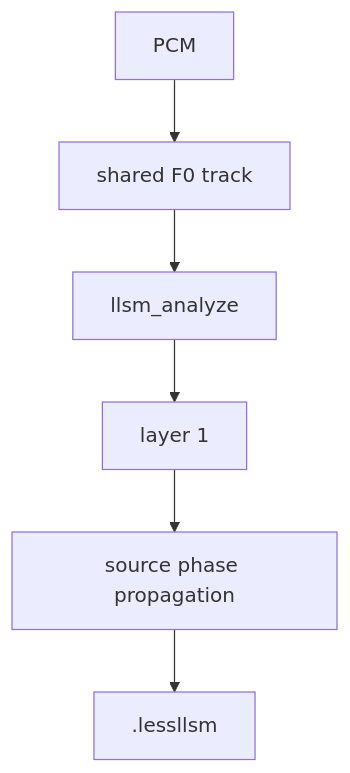
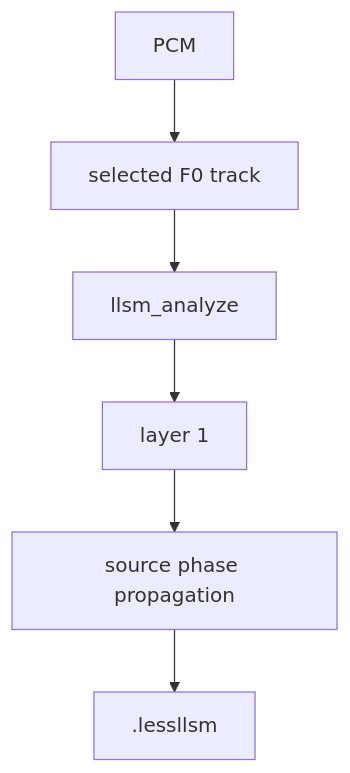
The third of 3 diagrams in docs/src/content/docs/processing/modeling.md (YuzukiTsuru/lessampler), drawn with Mermaid before and after one commit. The commit also changed other lines of this file and 21 other files, not shown here.

````diff
--- a/docs/src/content/docs/processing/modeling.md
+++ b/docs/src/content/docs/processing/modeling.md
@@ -49,8 +68,8 @@
 ```mermaid
 flowchart TD
-    A["PCM"] --> B["shared F0 track"]
+    A["PCM"] --> B["selected F0 track"]
     B --> C["llsm_analyze"]
     C --> D["layer 1"]
     D --> E["source phase propagation"]
     E --> F[".lessllsm"]
 ```
````
